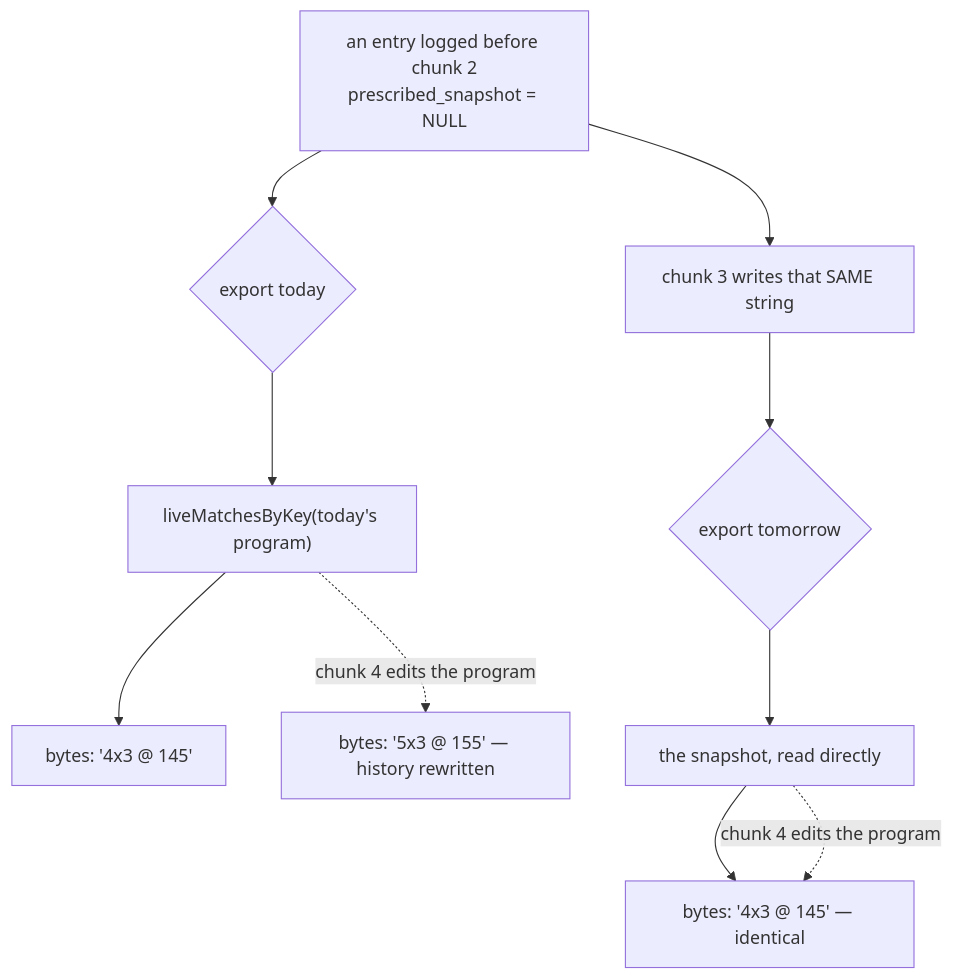
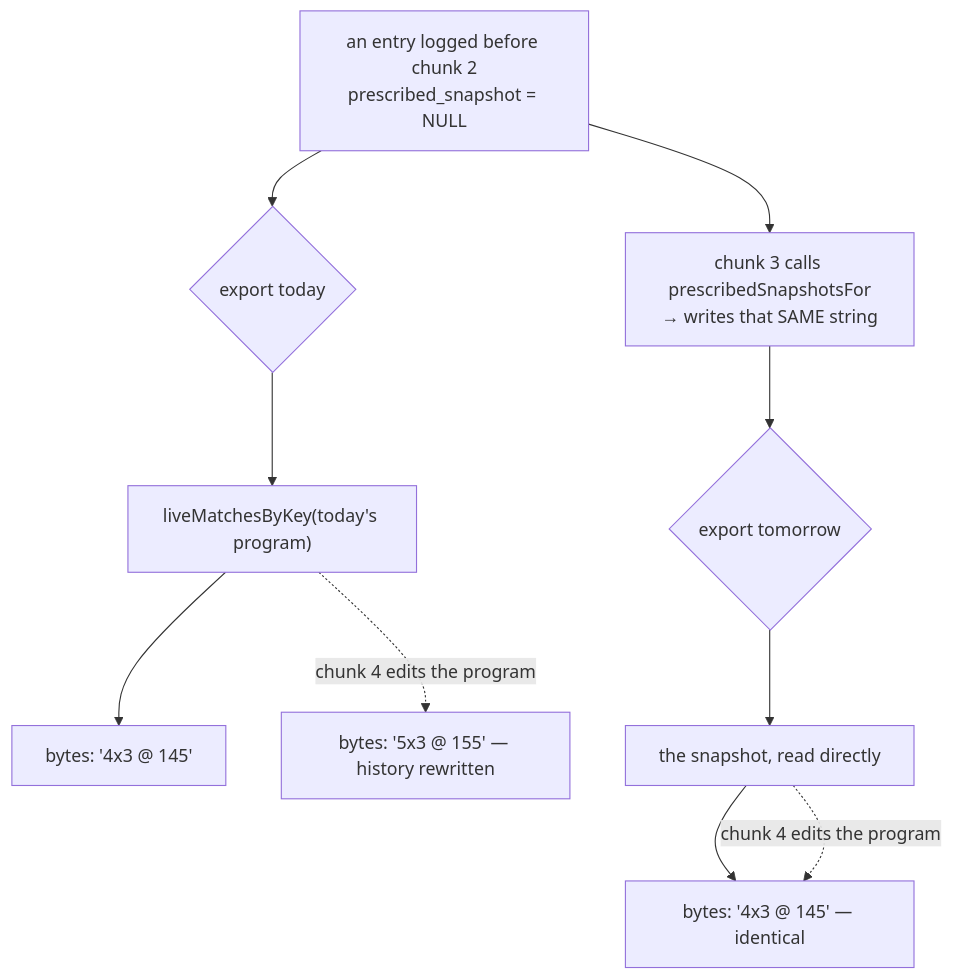
The diagram in docs/plans/v1-22-3-backfill.md (ralamode/mat-plan), drawn with Mermaid before and after one commit. The commit also changed other lines of this file and 1 other file, not shown here.

First line of the commit message:
docs(v1-22): the chunk 3 plan, hardened by five lenses

````diff
--- a/docs/plans/v1-22-3-backfill.md
+++ b/docs/plans/v1-22-3-backfill.md
@@ -52,12 +44,12 @@
 ```mermaid
 flowchart TD
   E["an entry logged before chunk 2<br/>prescribed_snapshot = NULL"] --> X{"export today"}
   X --> L["liveMatchesByKey(today's program)"]
   L --> B1["bytes: '4x3 @ 145'"]
-  E --> C["chunk 3 writes that SAME string"]
+  E --> C["chunk 3 calls prescribedSnapshotsFor<br/>→ writes that SAME string"]
   C --> X2{"export tomorrow"}
   X2 --> S["the snapshot, read directly"]
   S --> B2["bytes: '4x3 @ 145' — identical"]
   L -.->|"chunk 4 edits the program"| B3["bytes: '5x3 @ 155' — history rewritten"]
   S -.->|"chunk 4 edits the program"| B2
 ```
````
